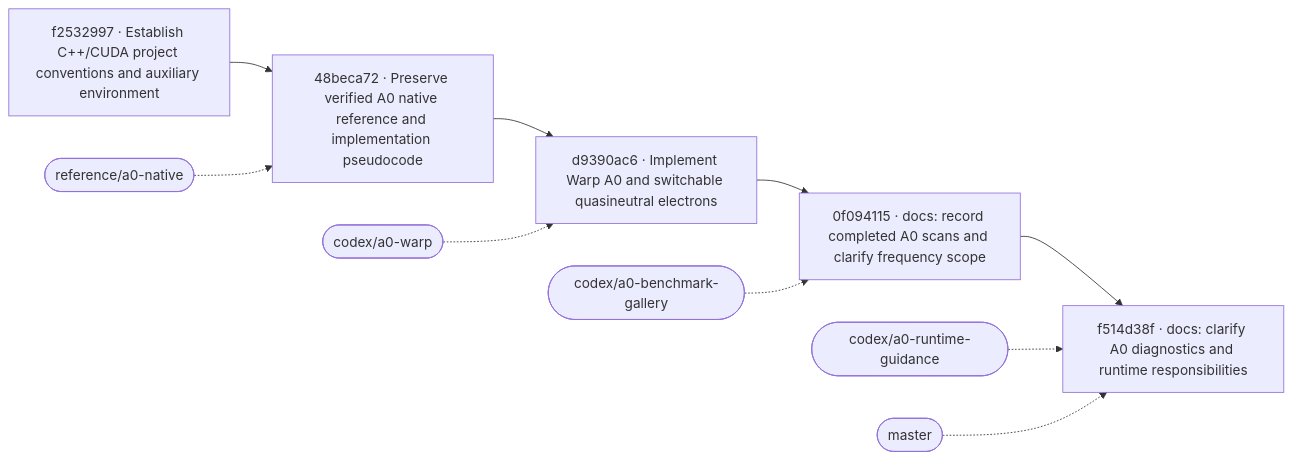
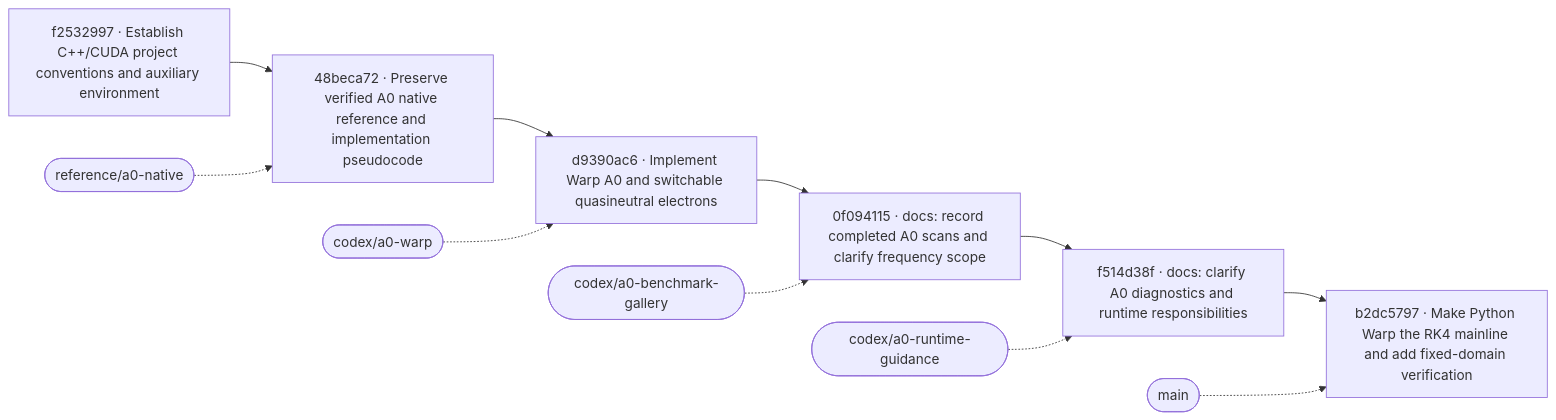
Before and after one commit to ziyu59151/fomhd: the diagram in docs/BRANCH_GRAPH.md, drawn with Mermaid. The commit also changed other lines of this file, not shown here.

Commit message:
docs: update branch graph [skip ci]

````diff
--- a/docs/BRANCH_GRAPH.md
+++ b/docs/BRANCH_GRAPH.md
@@ -12,22 +12,25 @@
 ```mermaid
 flowchart LR
   cf25329978364763a695bd185e986a6c0255f5df6["f2532997 · Establish C++/CUDA project conventions and auxiliary environment"]
   click cf25329978364763a695bd185e986a6c0255f5df6 "https://github.com/ziyu59151/fomhd/commit/f25329978364763a695bd185e986a6c0255f5df6"
   c48beca72d3b7260673d6a6823cbbd2b7fcb90581["48beca72 · Preserve verified A0 native reference and implementation pseudocode"]
   cf25329978364763a695bd185e986a6c0255f5df6 --> c48beca72d3b7260673d6a6823cbbd2b7fcb90581
   click c48beca72d3b7260673d6a6823cbbd2b7fcb90581 "https://github.com/ziyu59151/fomhd/commit/48beca72d3b7260673d6a6823cbbd2b7fcb90581"
   cd9390ac65657974a1cbf7819b9c79b35e2cecd03["d9390ac6 · Implement Warp A0 and switchable quasineutral electrons"]
   c48beca72d3b7260673d6a6823cbbd2b7fcb90581 --> cd9390ac65657974a1cbf7819b9c79b35e2cecd03
   click cd9390ac65657974a1cbf7819b9c79b35e2cecd03 "https://github.com/ziyu59151/fomhd/commit/d9390ac65657974a1cbf7819b9c79b35e2cecd03"
   c0f094115c385781c0356b333dc545539c2ed43d8["0f094115 · docs: record completed A0 scans and clarify frequency scope"]
   cd9390ac65657974a1cbf7819b9c79b35e2cecd03 --> c0f094115c385781c0356b333dc545539c2ed43d8
   click c0f094115c385781c0356b333dc545539c2ed43d8 "https://github.com/ziyu59151/fomhd/commit/0f094115c385781c0356b333dc545539c2ed43d8"
   cf514d38fd4f51a92ca93f68035896675b11dffe1["f514d38f · docs: clarify A0 diagnostics and runtime responsibilities"]
   c0f094115c385781c0356b333dc545539c2ed43d8 --> cf514d38fd4f51a92ca93f68035896675b11dffe1
   click cf514d38fd4f51a92ca93f68035896675b11dffe1 "https://github.com/ziyu59151/fomhd/commit/f514d38fd4f51a92ca93f68035896675b11dffe1"
+  cb2dc5797fbe11ef32bb0e42d1b52a411591370e8["b2dc5797 · Make Python Warp the RK4 mainline and add fixed-domain verification"]
+  cf514d38fd4f51a92ca93f68035896675b11dffe1 --> cb2dc5797fbe11ef32bb0e42d1b52a411591370e8
+  click cb2dc5797fbe11ef32bb0e42d1b52a411591370e8 "https://github.com/ziyu59151/fomhd/commit/b2dc5797fbe11ef32bb0e42d1b52a411591370e8"
   b0(["codex/a0-benchmark-gallery"]) -.-> c0f094115c385781c0356b333dc545539c2ed43d8
   b1(["codex/a0-runtime-guidance"]) -.-> cf514d38fd4f51a92ca93f68035896675b11dffe1
   b2(["codex/a0-warp"]) -.-> cd9390ac65657974a1cbf7819b9c79b35e2cecd03
-  b3(["master"]) -.-> cf514d38fd4f51a92ca93f68035896675b11dffe1
+  b3(["main"]) -.-> cb2dc5797fbe11ef32bb0e42d1b52a411591370e8
   b4(["reference/a0-native"]) -.-> c48beca72d3b7260673d6a6823cbbd2b7fcb90581
 ```
````
